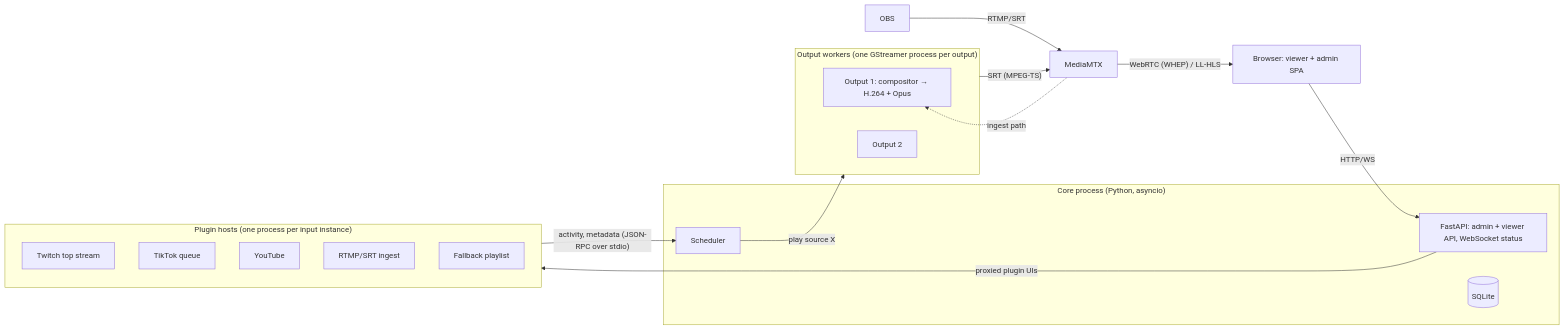
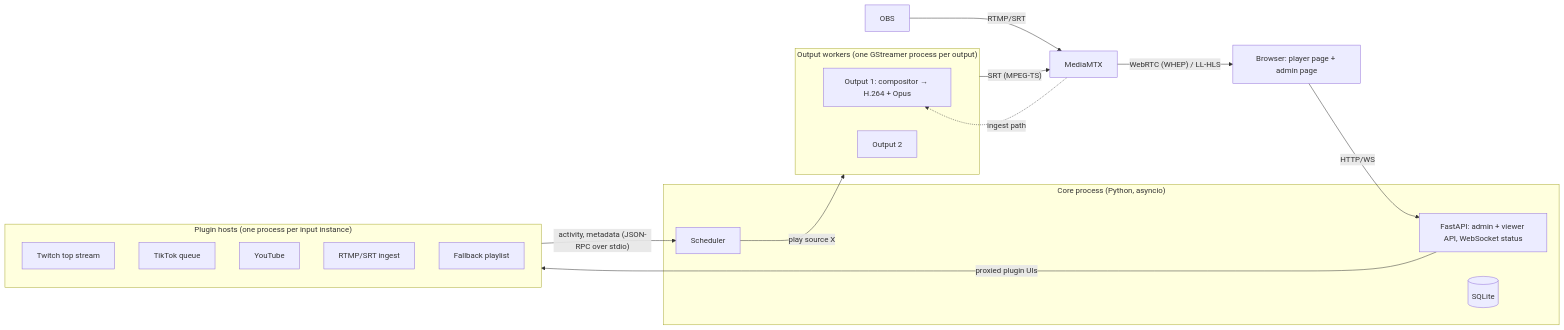
One commit to zGLados/lan-streamer changed the diagram in docs/architecture.md. Above: the diagram before and after it, drawn with Mermaid. The commit also changed other lines of this file and 2 other files, not shown here.

First line of the commit message:
Docs: logo in the README, architecture and roadmap brought up to date

````diff
--- a/docs/architecture.md
+++ b/docs/architecture.md
@@ -9,33 +9,33 @@
 ```mermaid
 flowchart LR
     subgraph plugins["Plugin hosts (one process per input instance)"]
         TW[Twitch top stream]
         TT[TikTok queue]
         YT[YouTube]
         IN[RTMP/SRT ingest]
         FB[Fallback playlist]
     end
 
     subgraph core["Core process (Python, asyncio)"]
         API[FastAPI: admin + viewer API, WebSocket status]
         SCH[Scheduler]
         DB[(SQLite)]
     end
 
     subgraph outputs["Output workers (one GStreamer process per output)"]
         O1[Output 1: compositor → H.264 + Opus]
         O2[Output 2]
     end
 
     MTX[MediaMTX]
-    WEB[Browser: viewer + admin SPA]
+    WEB[Browser: player page + admin page]
     OBS[OBS] -- RTMP/SRT --> MTX
 
     plugins -- "activity, metadata (JSON-RPC over stdio)" --> SCH
     SCH -- "play source X" --> outputs
     outputs -- "SRT (MPEG-TS)" --> MTX
     MTX -- "WebRTC (WHEP) / LL-HLS" --> WEB
     WEB -- HTTP/WS --> API
     API -- "proxied plugin UIs" --> plugins
     MTX -. "ingest path" .-> O1
 ```
````
